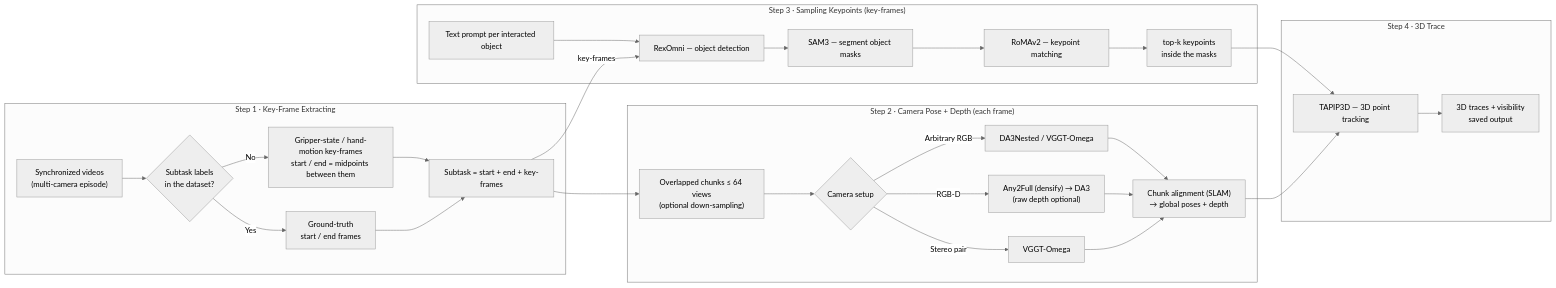
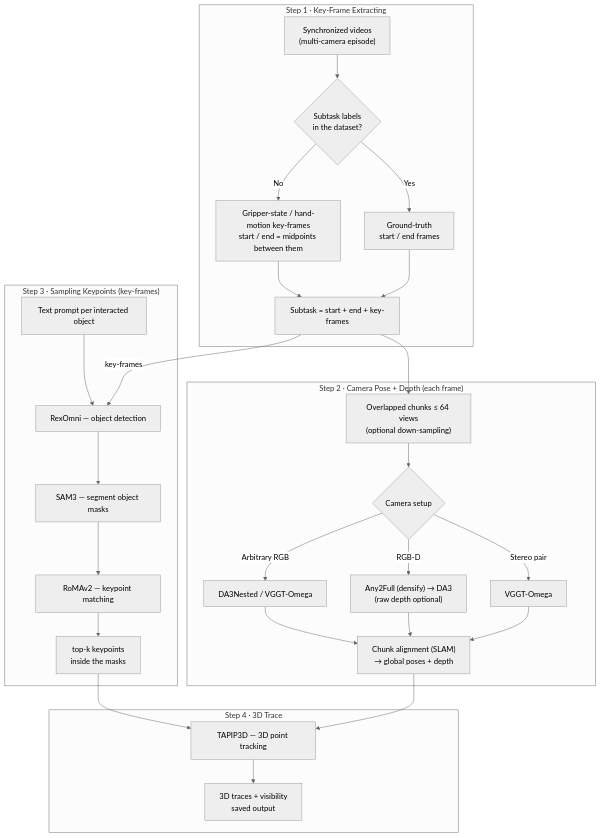
The diagram in README.md (Chuong98CC/TraceEngine), drawn with Mermaid (neutral theme) before and after one commit. The commit also changed other lines of this file and 5 other files, not shown here.

````diff
--- a/README.md
+++ b/README.md
@@ -113,35 +111,35 @@
 ```mermaid
-flowchart LR
+flowchart TB
     subgraph Step1["Step 1 · Key-Frame Extracting"]
         V["Synchronized videos<br/>(multi-camera episode)"] --> Q1{"Subtask labels<br/>in the dataset?"}
         Q1 -->|"Yes"| L1["Ground-truth<br/>start / end frames"]
         Q1 -->|"No"| L2["Gripper-state / hand-motion key-frames<br/>start / end = midpoints between them"]
         L1 --> SUB["Subtask = start + end + key-frames"]
         L2 --> SUB
     end
 
     subgraph Step2["Step 2 · Camera Pose + Depth (each frame)"]
         SUB --> CH["Overlapped chunks ≤ 64 views<br/>(optional down-sampling)"]
         CH --> Q2{"Camera setup"}
         Q2 -->|"Stereo pair"| M1["VGGT-Omega"]
         Q2 -->|"RGB-D"| M2["Any2Full (densify) → DA3<br/>(raw depth optional)"]
         Q2 -->|"Arbitrary RGB"| M3["DA3Nested / VGGT-Omega"]
         M1 --> AL["Chunk alignment (SLAM)<br/>→ global poses + depth"]
         M2 --> AL
         M3 --> AL
     end
 
     subgraph Step3["Step 3 · Sampling Keypoints (key-frames)"]
         T["Text prompt per interacted object"] --> RX["RexOmni — object detection"]
         SUB -->|"key-frames"| RX
         RX --> SM["SAM3 — segment object masks"]
         SM --> RM["RoMAv2 — keypoint matching"]
         RM --> TK["top-k keypoints<br/>inside the masks"]
     end
 
     subgraph Step4["Step 4 · 3D Trace"]
         AL --> TP["TAPIP3D — 3D point tracking"]
         TK --> TP
         TP --> OUT["3D traces + visibility<br/>saved output"]
     end
 ```
````
